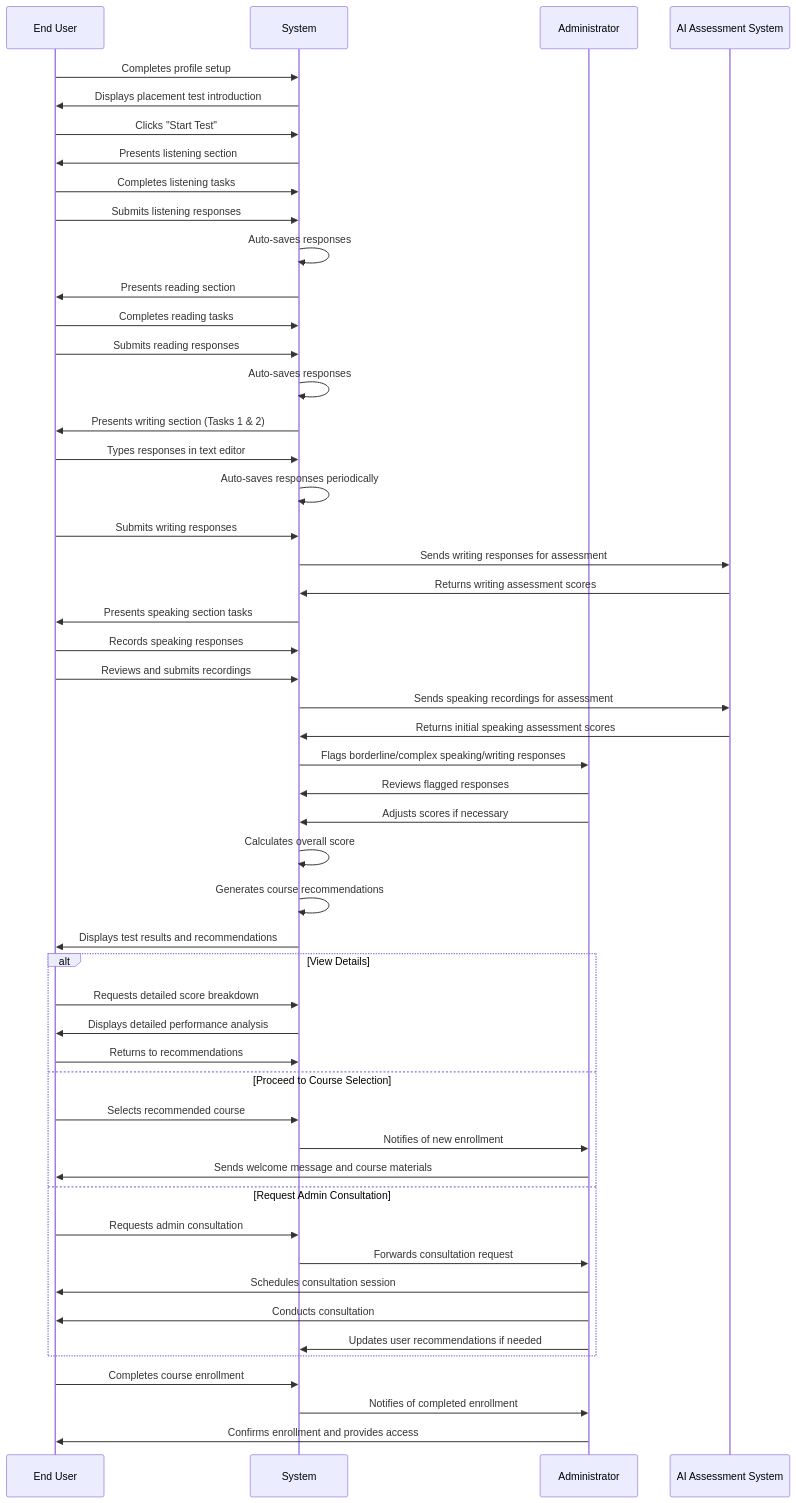
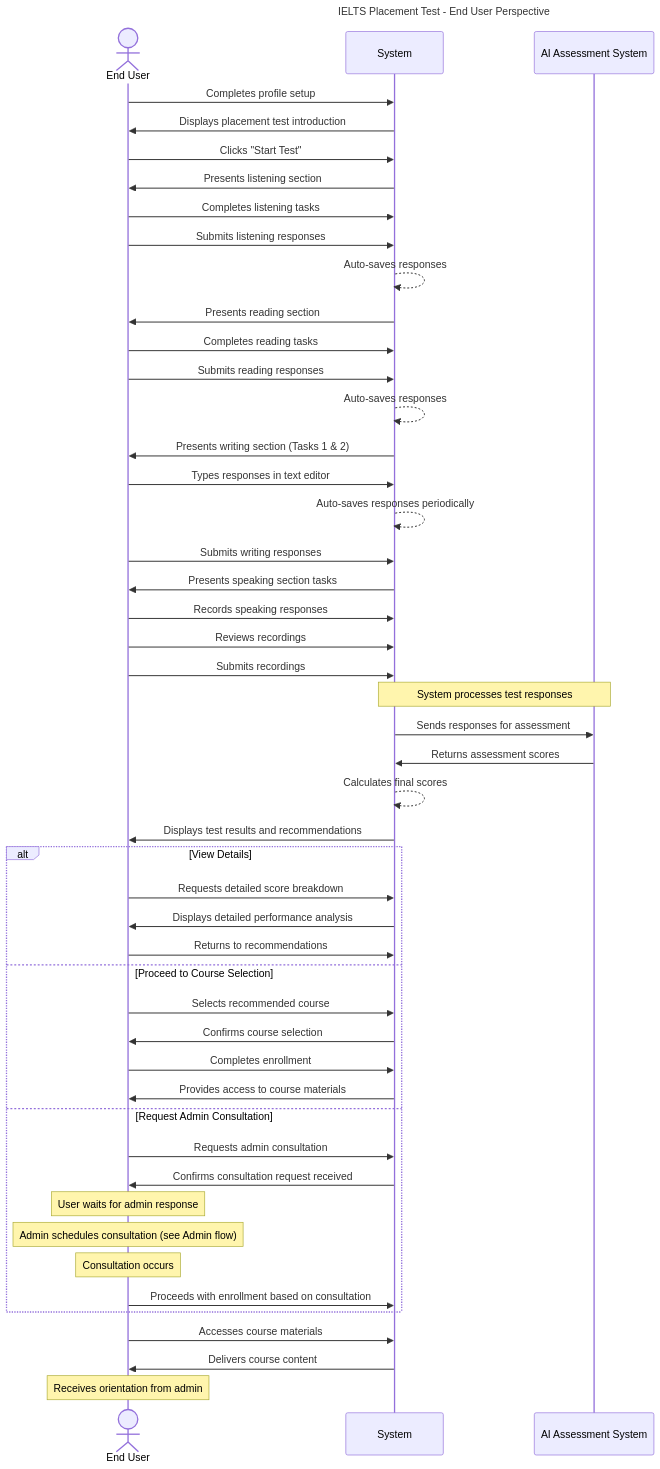
Before and after one commit to tridungbk2010/efis-userstories: the first of 2 diagrams in epic4-ielts-placement-test/ielts-placement-test-sequence-diagram.md, drawn with Mermaid. The commit also changed other lines of this file, not shown here.

Commit message:
update flow in separate

````diff
--- a/epic4-ielts-placement-test/ielts-placement-test-sequence-diagram.md
+++ b/epic4-ielts-placement-test/ielts-placement-test-sequence-diagram.md
@@ -1,73 +1,69 @@
 ```mermaid
 sequenceDiagram
-    participant User as End User
-    participant System
-    participant Admin as Administrator
+    title IELTS Placement Test - End User Perspective
+
+    actor EU as End User
+    participant S as System
     participant AI as AI Assessment System
 
     %% Test Introduction
-    User->>System: Completes profile setup
-    System->>User: Displays placement test introduction
-    User->>System: Clicks "Start Test"
+    EU->>S: Completes profile setup
+    S->>EU: Displays placement test introduction
+    EU->>S: Clicks "Start Test"
 
     %% Listening Section
-    System->>User: Presents listening section
-    User->>System: Completes listening tasks
-    User->>System: Submits listening responses
-    System->>System: Auto-saves responses
+    S->>EU: Presents listening section
+    EU->>S: Completes listening tasks
+    EU->>S: Submits listening responses
+    S-->>S: Auto-saves responses
 
     %% Reading Section
-    System->>User: Presents reading section
-    User->>System: Completes reading tasks
-    User->>System: Submits reading responses
-    System->>System: Auto-saves responses
+    S->>EU: Presents reading section
+    EU->>S: Completes reading tasks
+    EU->>S: Submits reading responses
+    S-->>S: Auto-saves responses
 
     %% Writing Section
-    System->>User: Presents writing section (Tasks 1 & 2)
-    User->>System: Types responses in text editor
-    System->>System: Auto-saves responses periodically
-    User->>System: Submits writing responses
-    System->>AI: Sends writing responses for assessment
-    AI->>System: Returns writing assessment scores
+    S->>EU: Presents writing section (Tasks 1 & 2)
+    EU->>S: Types responses in text editor
+    S-->>S: Auto-saves responses periodically
+    EU->>S: Submits writing responses
 
     %% Speaking Section
-    System->>User: Presents speaking section tasks
-    User->>System: Records speaking responses
-    User->>System: Reviews and submits recordings
-    System->>AI: Sends speaking recordings for assessment
-    AI->>System: Returns initial speaking assessment scores
+    S->>EU: Presents speaking section tasks
+    EU->>S: Records speaking responses
+    EU->>S: Reviews recordings
+    EU->>S: Submits recordings
 
-    %% Admin Review (for borderline or complex cases)
-    System->>Admin: Flags borderline/complex speaking/writing responses
-    Admin->>System: Reviews flagged responses
-    Admin->>System: Adjusts scores if necessary
+    %% System Processing
+    Note over S,AI: System processes test responses
+    S->>AI: Sends responses for assessment
+    AI->>S: Returns assessment scores
+    S-->>S: Calculates final scores
 
-    %% Results Processing
-    System->>System: Calculates overall score
-    System->>System: Generates course recommendations
+    %% Results and Course Selection
+    S->>EU: Displays test results and recommendations
 
-    %% Results Presentation
-    System->>User: Displays test results and recommendations
-
-    %% User Decision Path
     alt View Details
-        User->>System: Requests detailed score breakdown
-        System->>User: Displays detailed performance analysis
-        User->>System: Returns to recommendations
+        EU->>S: Requests detailed score breakdown
+        S->>EU: Displays detailed performance analysis
+        EU->>S: Returns to recommendations
     else Proceed to Course Selection
-        User->>System: Selects recommended course
-        System->>Admin: Notifies of new enrollment
-        Admin->>User: Sends welcome message and course materials
+        EU->>S: Selects recommended course
+        S->>EU: Confirms course selection
+        EU->>S: Completes enrollment
+        S->>EU: Provides access to course materials
     else Request Admin Consultation
-        User->>System: Requests admin consultation
-        System->>Admin: Forwards consultation request
-        Admin->>User: Schedules consultation session
-        Admin->>User: Conducts consultation
-        Admin->>System: Updates user recommendations if needed
+        EU->>S: Requests admin consultation
+        S->>EU: Confirms consultation request received
+        Note over EU: User waits for admin response
+        Note over EU: Admin schedules consultation (see Admin flow)
+        Note over EU: Consultation occurs
+        EU->>S: Proceeds with enrollment based on consultation
     end
 
-    %% Course Enrollment
-    User->>System: Completes course enrollment
-    System->>Admin: Notifies of completed enrollment
-    Admin->>User: Confirms enrollment and provides access
+    %% Course Access
+    EU->>S: Accesses course materials
+    S->>EU: Delivers course content
+    Note over EU: Receives orientation from admin
 ```
````
